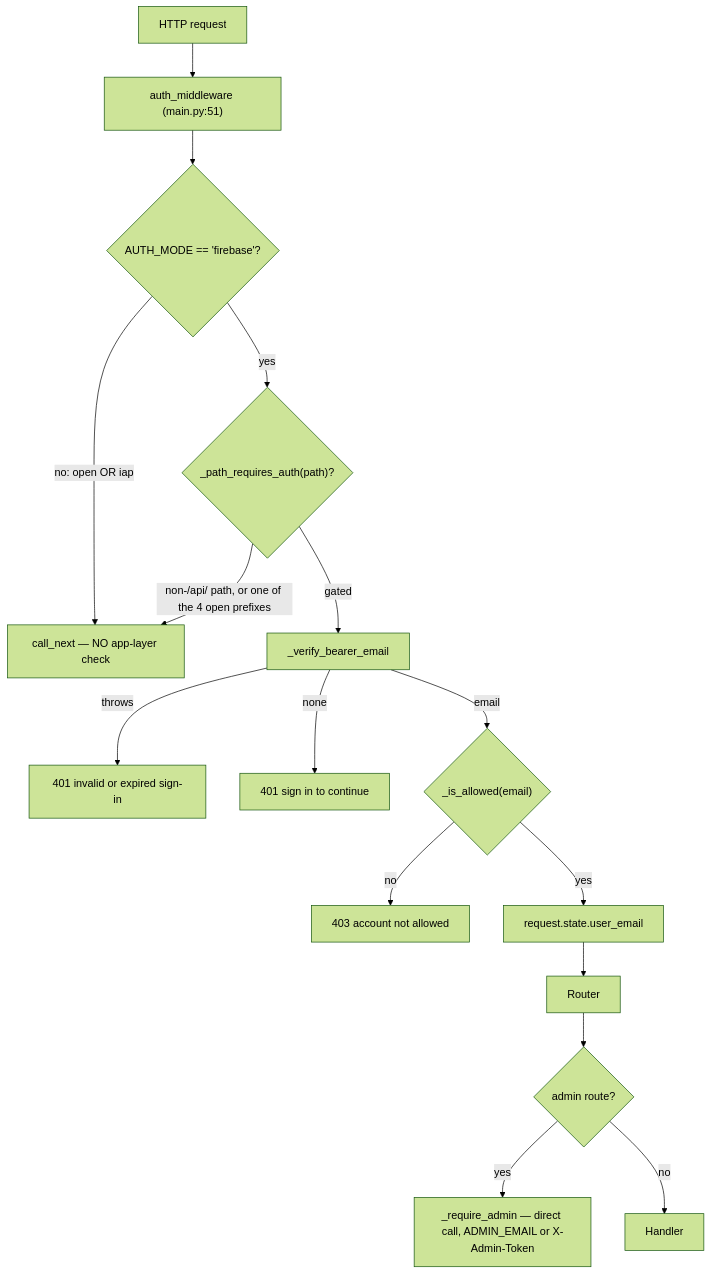
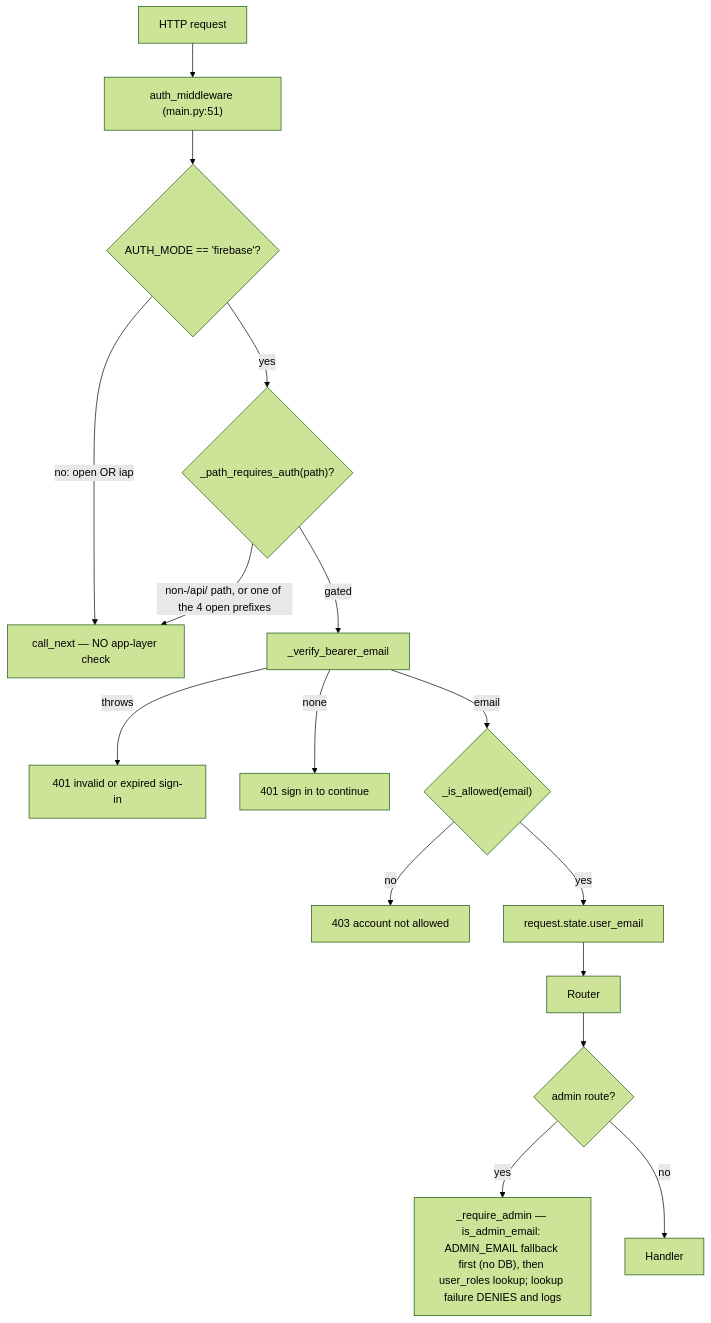
The diagram in docs/product/09-SECURITY-AUTH.md (TeneikaAskew/stocks), drawn with Mermaid (forest theme) before and after one commit. The commit also changed other lines of this file, not shown here.

First line of the commit message:
docs: refresh security doc for role-based admin and CI deploy identity

````diff
--- a/docs/product/09-SECURITY-AUTH.md
+++ b/docs/product/09-SECURITY-AUTH.md
@@ -21,17 +27,17 @@
 ```mermaid
 flowchart TB
  REQ[HTTP request] --> MW["auth_middleware (main.py:51)"]
  MW --> M{"AUTH_MODE == 'firebase'?"}
  M -->|no: open OR iap| PASS[call_next — NO app-layer check]
  M -->|yes| P{"_path_requires_auth(path)?"}
  P -->|"non-/api/ path, or one of the 4 open prefixes"| PASS
  P -->|gated| V["_verify_bearer_email"]
  V -->|throws| E401[401 invalid or expired sign-in]
  V -->|none| E401b[401 sign in to continue]
  V -->|email| AL{"_is_allowed(email)"}
  AL -->|no| E403[403 account not allowed]
  AL -->|yes| ST[request.state.user_email] --> ROUTER[Router]
  ROUTER --> ADM{"admin route?"}
- ADM -->|yes| RA["_require_admin — direct call, ADMIN_EMAIL or X-Admin-Token"]
+ ADM -->|yes| RA["_require_admin — is_admin_email: ADMIN_EMAIL fallback first (no DB), then user_roles lookup; lookup failure DENIES and logs"]
  ADM -->|no| OK[Handler]
 ```
````
